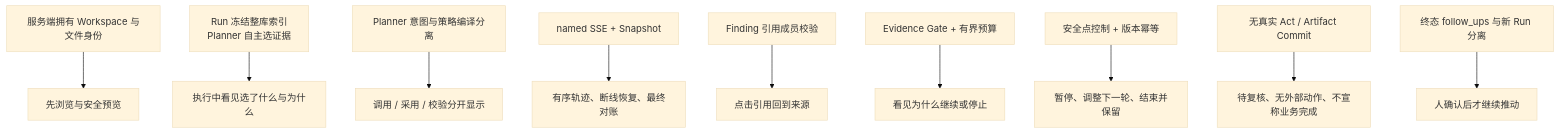
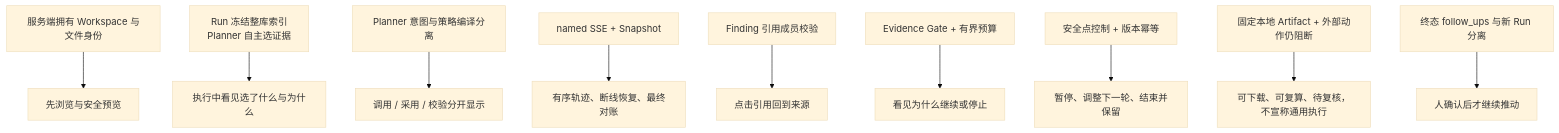
One commit to Dickey007s/lenovo_agent changed the fifth of 5 diagrams in docs/reports/OFFICE-AGENT-DETAILED-CHINESE-REPORT-20260825.md. Above: the diagram before and after it, drawn with Mermaid (base theme). The commit also changed other lines of this file and 46 other files, not shown here.

````diff
--- a/docs/reports/OFFICE-AGENT-DETAILED-CHINESE-REPORT-20260825.md
+++ b/docs/reports/OFFICE-AGENT-DETAILED-CHINESE-REPORT-20260825.md
@@ -875,12 +914,12 @@
 ```mermaid
 flowchart TB
     S1[服务端拥有 Workspace 与文件身份] --> U1[先浏览与安全预览]
     S2[Run 冻结整库索引<br/>Planner 自主选证据] --> U2[执行中看见选了什么与为什么]
     S3[Planner 意图与策略编译分离] --> U3[调用 / 采用 / 校验分开显示]
     S4[named SSE + Snapshot] --> U4[有序轨迹、断线恢复、最终对账]
     S5[Finding 引用成员校验] --> U5[点击引用回到来源]
     S6[Evidence Gate + 有界预算] --> U6[看见为什么继续或停止]
     S7[安全点控制 + 版本幂等] --> U7[暂停、调整下一轮、结束并保留]
-    S8[无真实 Act / Artifact Commit] --> U8[待复核、无外部动作、不宣称业务完成]
+    S8[固定本地 Artifact + 外部动作仍阻断] --> U8[可下载、可复算、待复核，不宣称通用执行]
     S9[终态 follow_ups 与新 Run 分离] --> U9[人确认后才继续推动]
 ```
````
